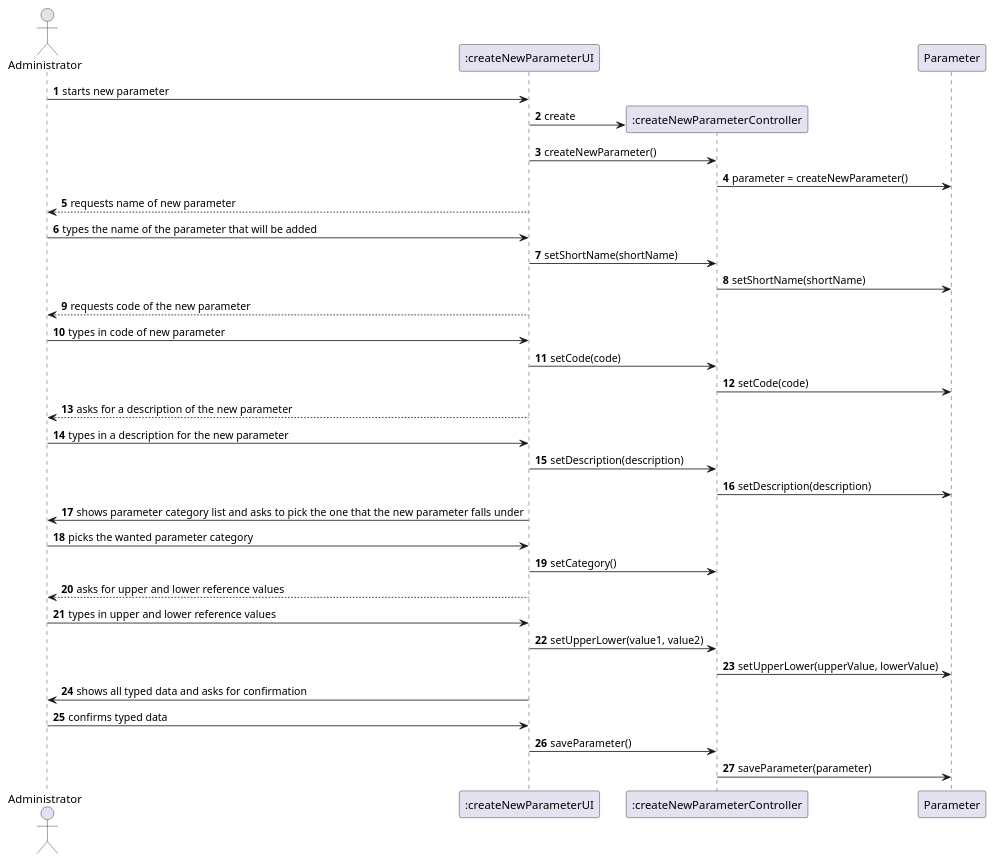
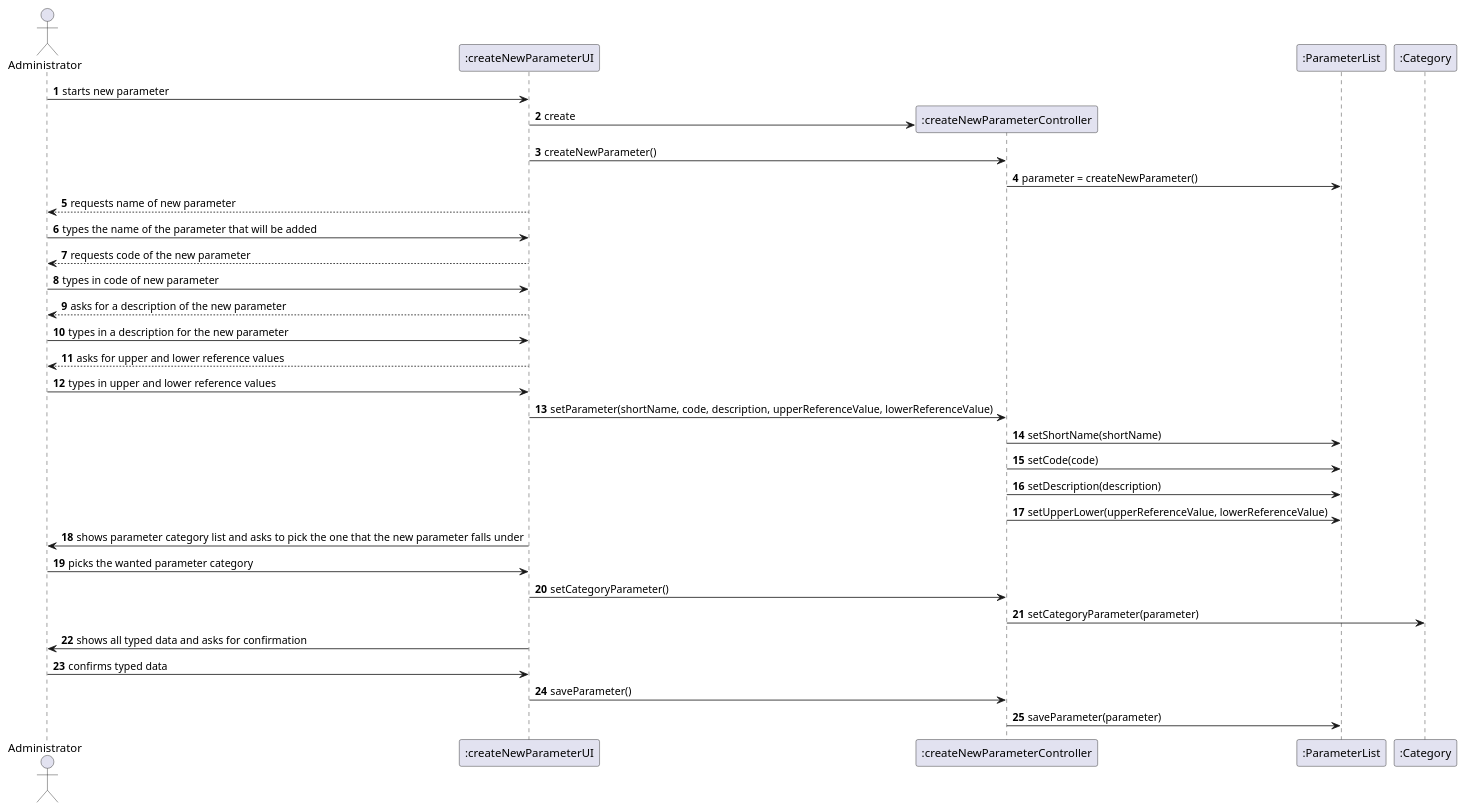
The diagram in docs/SprintB/US10/US10_SD.puml (MadDinosaur/ISEP-LAPR2), drawn with PlantUML before and after one commit. The commit also changed 6 other files, not shown here.

Commit message:
Added Class Diagram and updated the System Sequence and Sequence diagrams

```diff
--- a/docs/SprintB/US10/US10_SD.puml
+++ b/docs/SprintB/US10/US10_SD.puml
@@ -1,40 +1,39 @@
 @startuml
 
 autonumber
 
 actor Administrator as admin
 participant ":createNewParameterUI" as UI
 participant ":createNewParameterController" as Controller
-participant "Parameter" as param
+participant ":ParameterList" as param
+participant ":Category" as cat
 
 admin -> UI: starts new parameter
 create Controller
 UI -> Controller: create
 UI -> Controller: createNewParameter()
 Controller -> param: parameter = createNewParameter()
 UI --> admin: requests name of new parameter
 admin -> UI: types the name of the parameter that will be added
-UI -> Controller: setShortName(shortName)
-Controller -> param: setShortName(shortName)
 UI --> admin: requests code of the new parameter
 admin -> UI: types in code of new parameter
-UI -> Controller: setCode(code)
-Controller -> param: setCode(code)
 UI --> admin: asks for a description of the new parameter
 admin -> UI: types in a description for the new parameter
-UI -> Controller: setDescription(description)
+UI --> admin: asks for upper and lower reference values
+admin -> UI: types in upper and lower reference values
+UI -> Controller: setParameter(shortName, code, description, upperReferenceValue, lowerReferenceValue)
+Controller -> param: setShortName(shortName)
+Controller -> param: setCode(code)
 Controller -> param: setDescription(description)
+Controller -> param: setUpperLower(upperReferenceValue, lowerReferenceValue)
 UI -> admin: shows parameter category list and asks to pick the one that the new parameter falls under
 admin -> UI: picks the wanted parameter category
-UI -> Controller: setCategory()
-UI --> admin: asks for upper and lower reference values
-admin -> UI: types in upper and lower reference values
-UI -> Controller: setUpperLower(value1, value2)
-Controller -> param: setUpperLower(upperValue, lowerValue)
+UI -> Controller: setCategoryParameter()
+Controller -> cat: setCategoryParameter(parameter)
 UI -> admin: shows all typed data and asks for confirmation
 admin -> UI: confirms typed data
 UI -> Controller: saveParameter()
 Controller -> param: saveParameter(parameter)
 
 
 @enduml
```
